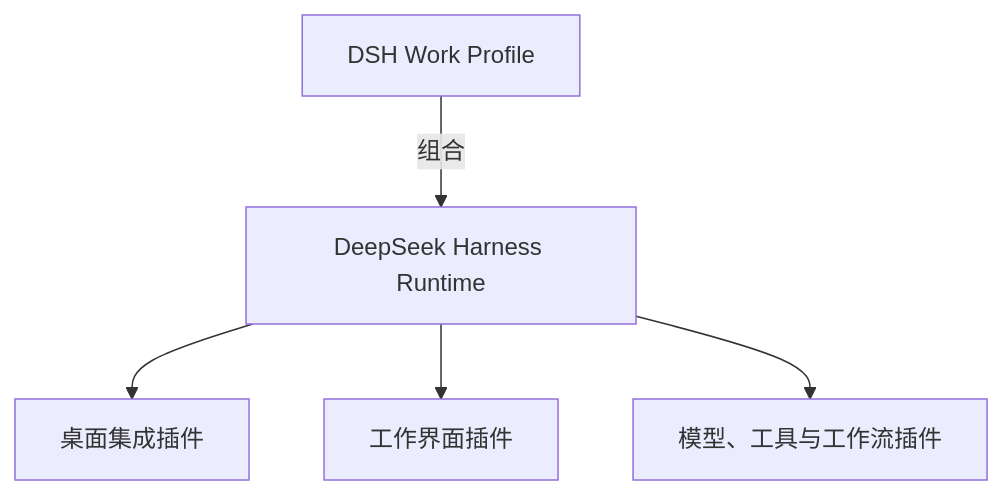
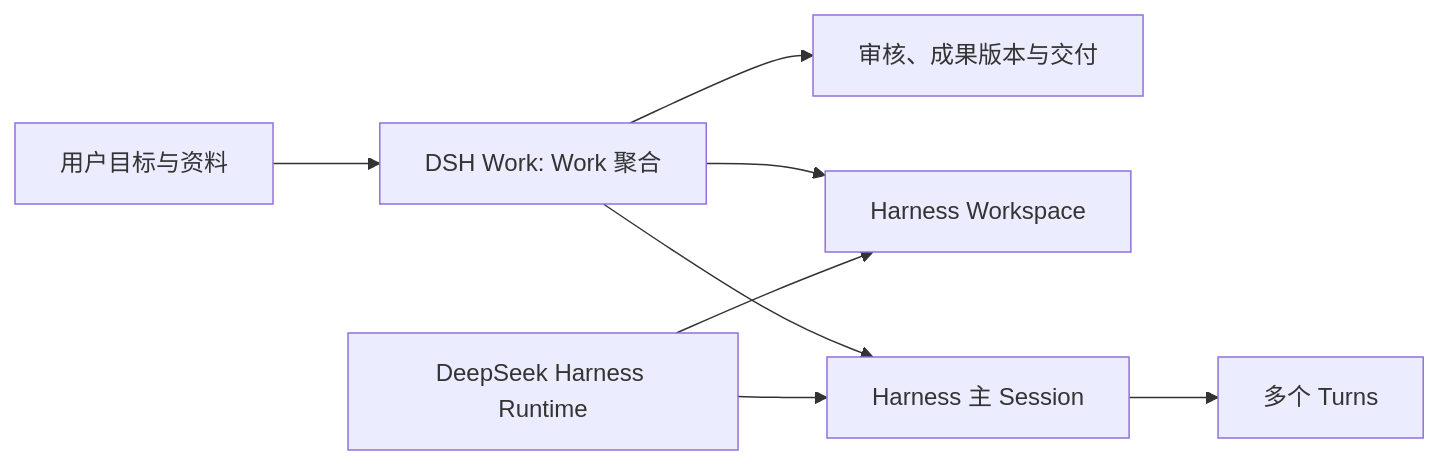
The diagram in README.md (zxheyi/dsh-work), drawn with Mermaid before and after one commit. The commit also changed other lines of this file and 4 other files, not shown here.

````diff
--- a/README.md
+++ b/README.md
@@ -41,7 +89,10 @@
 ```mermaid
-flowchart TB
-  Profile["DSH Work Profile"] -->|组合| Runtime["DeepSeek Harness Runtime"]
-  Runtime --> Desktop["桌面集成插件"]
-  Runtime --> Surfaces["工作界面插件"]
-  Runtime --> Ecosystem["模型、工具与工作流插件"]
+flowchart LR
+  User["用户目标与资料"] --> Work["DSH Work: Work 聚合"]
+  Work --> Deliverables["审核、成果版本与交付"]
+  Work --> Workspace["Harness Workspace"]
+  Work --> Session["Harness 主 Session"]
+  Session --> Turns["多个 Turns"]
+  Harness["DeepSeek Harness Runtime"] --> Workspace
+  Harness --> Session
 ```
````
